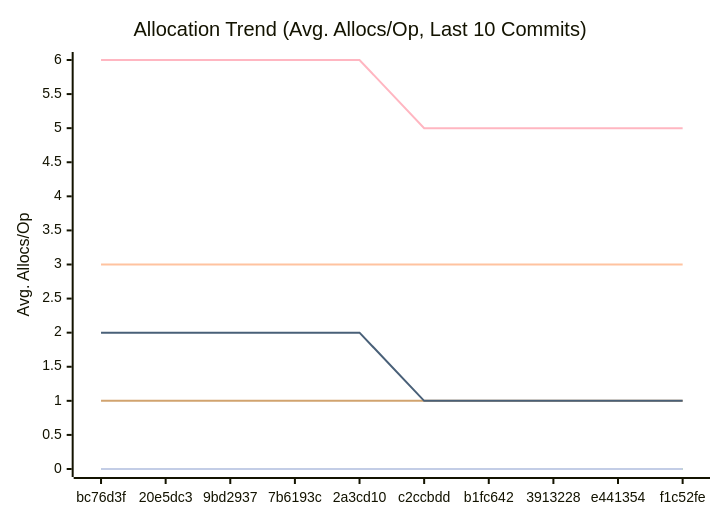
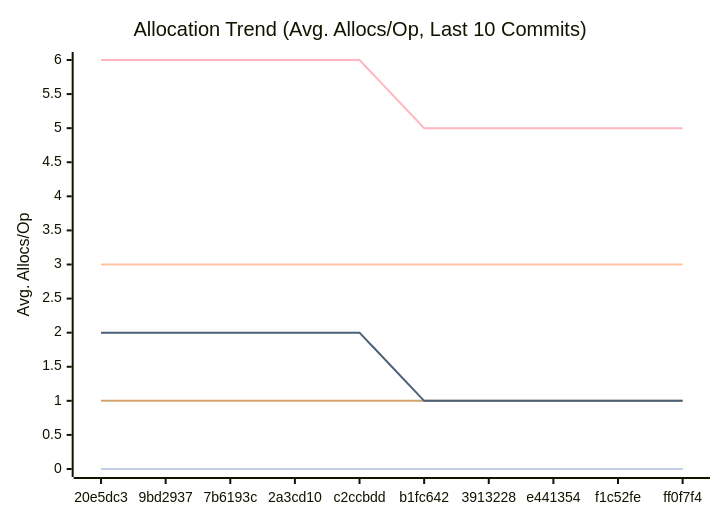
Before and after one commit to alsotoes/momo: the third of 3 diagrams in docs/PERFORMANCE.md, drawn with Mermaid. The commit also changed other lines of this file and 3 other files, not shown here.

````diff
--- a/docs/PERFORMANCE.md
+++ b/docs/PERFORMANCE.md
@@ -114,16 +114,16 @@
 ```mermaid
 xychart-beta
     title "Allocation Trend (Avg. Allocs/Op, Last 10 Commits)"
     x-axis "Commit"
     y-axis "Avg. Allocs/Op"
-    x-axis [bc76d3f,20e5dc3,9bd2937,7b6193c,2a3cd10,c2ccbdd,b1fc642,3913228,e441354,f1c52fe]
+    x-axis [20e5dc3,9bd2937,7b6193c,2a3cd10,c2ccbdd,b1fc642,3913228,e441354,f1c52fe,ff0f7f4]
     line "CheckMetricsAndSwap" [0,0,0,0,0,0,0,0,0,0]
     line "CrushOptimized" [0,0,0,0,0,0,0,0,0,0]
     line "CrushOriginal" [3,3,3,3,3,3,3,3,3,3]
     line "IndexDirectTracking" [0,0,0,0,0,0,0,0,0,0]
     line "IndexSearch" [0,0,0,0,0,0,0,0,0,0]
     line "LoadGlobalConfig" [1,1,1,1,1,1,1,1,1,1]
     line "PadString" [0,0,0,0,0,0,0,0,0,0]
     line "ParseReplicationOrder_NoPrealloc" [6,6,6,6,6,5,5,5,5,5]
     line "ParseReplicationOrder_Prealloc" [2,2,2,2,2,1,1,1,1,1]
 ```
````
